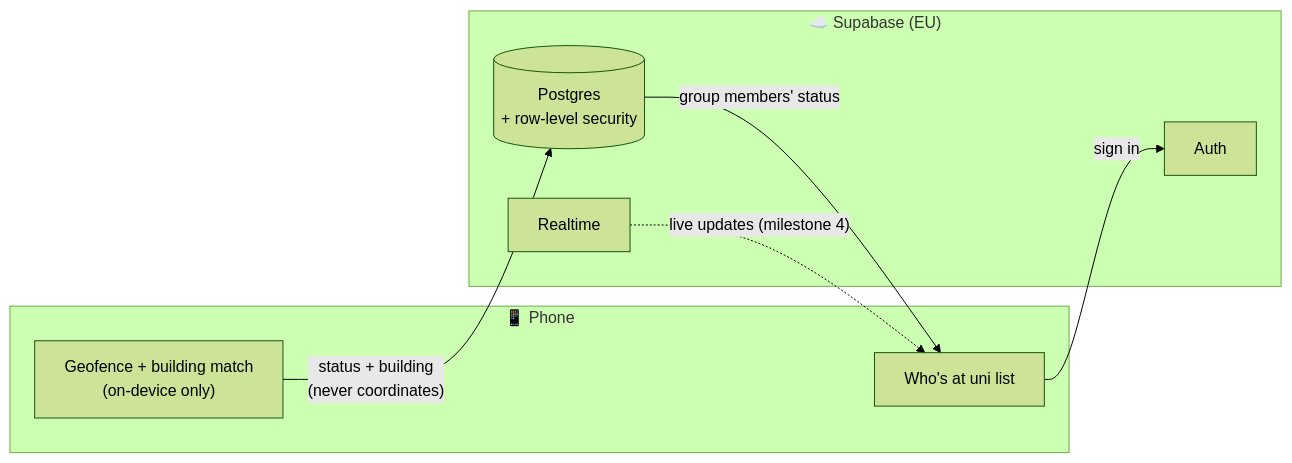
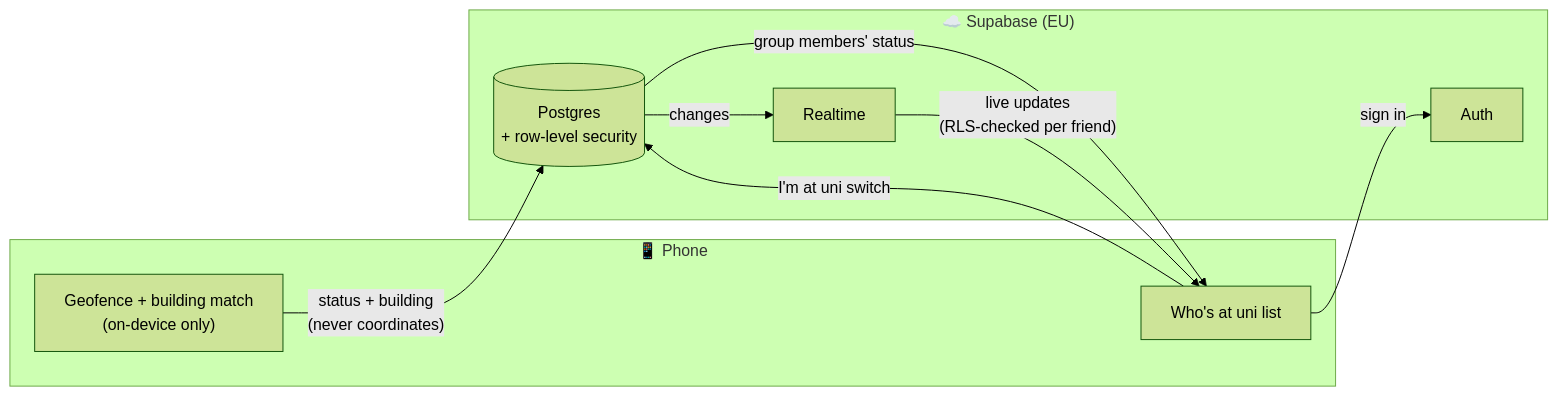
Before and after one commit to ahmedk282005/uni-radar: the diagram in README.md, drawn with Mermaid (forest theme). The commit also changed other lines of this file and 2 other files, not shown here.

Commit message:
docs: mark milestone 4 done and record its decisions

````diff
--- a/README.md
+++ b/README.md
@@ -67,16 +68,18 @@
 ```mermaid
 flowchart LR
     subgraph phone["📱 Phone"]
         geo["Geofence + building match<br/>(on-device only)"]
         ui["Who's at uni list"]
     end
     subgraph supabase["☁️ Supabase (EU)"]
         auth["Auth"]
         db[("Postgres<br/>+ row-level security")]
         rt["Realtime"]
     end
     geo -- "status + building<br/>(never coordinates)" --> db
     ui -- "sign in" --> auth
+    ui -- "I'm at uni switch" --> db
     db -- "group members' status" --> ui
-    rt -. "live updates (milestone 4)" .-> ui
+    db -- "changes" --> rt
+    rt -- "live updates<br/>(RLS-checked per friend)" --> ui
 ```
````
